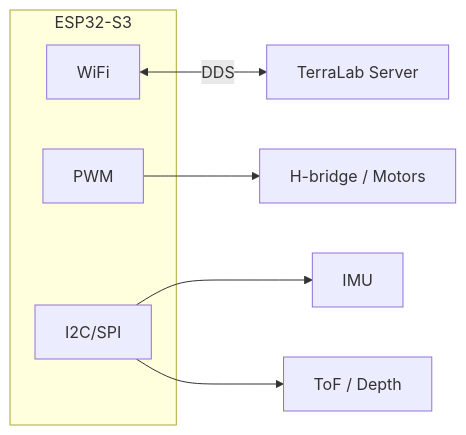
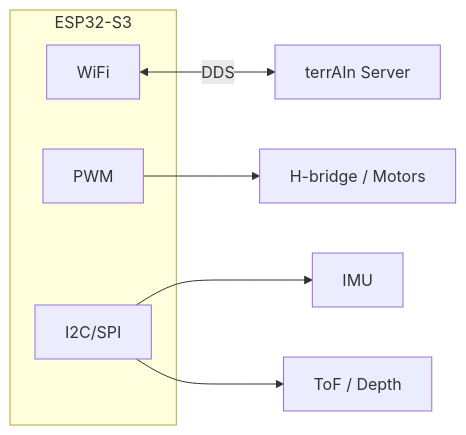
One commit to InquiryInstitute/automata changed the fifth of 5 diagrams in docs/architecture.md. Above: the diagram before and after it, drawn with Mermaid. The commit also changed other lines of this file and 11 other files, not shown here.

First line of the commit message:
Rename project to terrAIn: subdomain terrain.inquiry.institute, repo terrain

````diff
--- a/docs/architecture.md
+++ b/docs/architecture.md
@@ -120,13 +120,13 @@
 ```mermaid
 flowchart LR
     subgraph ESP32["ESP32-S3"]
         WiFi["WiFi"]
         PWM["PWM"]
         I2C["I2C/SPI"]
     end
 
-    WiFi <-->|"DDS"| Server["TerraLab Server"]
+    WiFi <-->|"DDS"| Server["terrAIn Server"]
     PWM --> Motors["H-bridge / Motors"]
     I2C --> IMU["IMU"]
     I2C --> ToF["ToF / Depth"]
 ```
````
